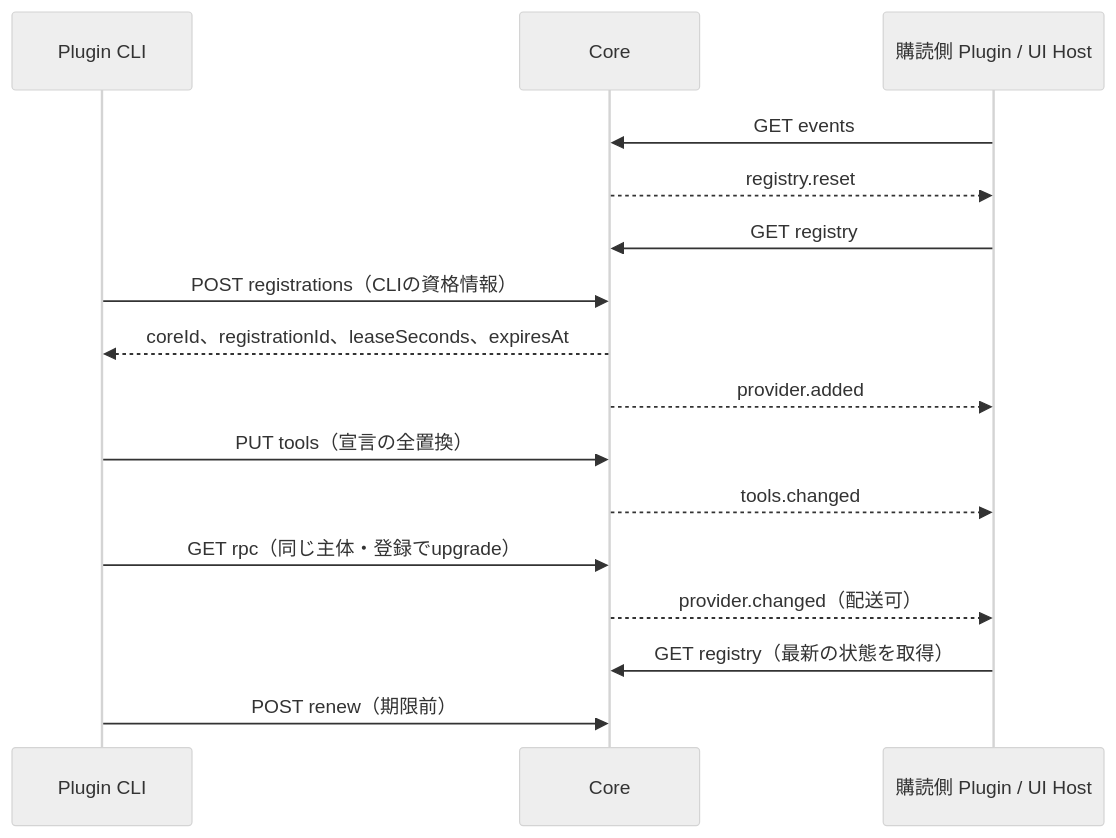
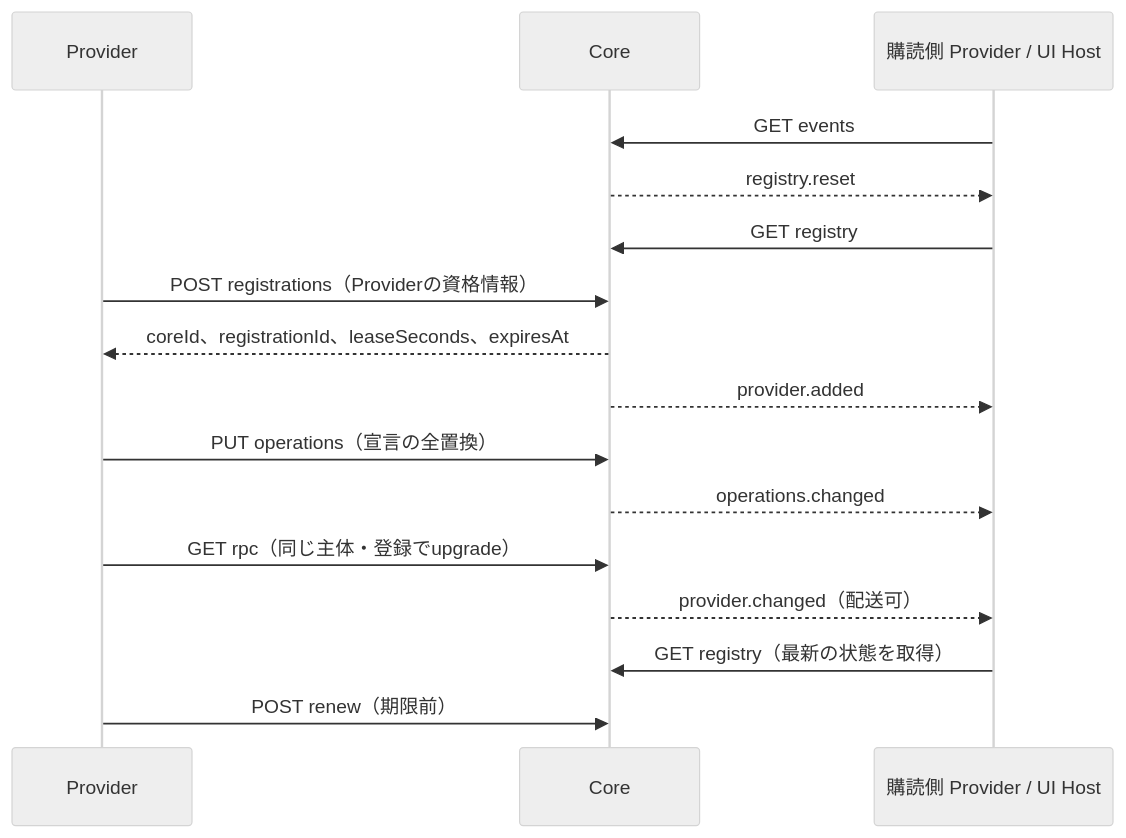
Before and after one commit to naatin777/plugumi: the first of 2 diagrams in docs/contracts/00004-plugin-client-protocol.md, drawn with Mermaid (neutral theme). The commit also changed other lines of this file and 15 other files, not shown here.

````diff
--- a/docs/contracts/00004-plugin-client-protocol.md
+++ b/docs/contracts/00004-plugin-client-protocol.md
@@ -81,18 +118,18 @@
 ```mermaid
 sequenceDiagram
-    participant P as Plugin CLI
+    participant P as Provider
     participant C as Core
-    participant S as 購読側 Plugin / UI Host
+    participant S as 購読側 Provider / UI Host
     S->>C: GET events
     C-->>S: registry.reset
     S->>C: GET registry
-    P->>C: POST registrations（CLIの資格情報）
+    P->>C: POST registrations（Providerの資格情報）
     C-->>P: coreId、registrationId、leaseSeconds、expiresAt
     C-->>S: provider.added
-    P->>C: PUT tools（宣言の全置換）
-    C-->>S: tools.changed
+    P->>C: PUT operations（宣言の全置換）
+    C-->>S: operations.changed
     P->>C: GET rpc（同じ主体・登録でupgrade）
     C-->>S: provider.changed（配送可）
     S->>C: GET registry（最新の状態を取得）
     P->>C: POST renew（期限前）
 ```
````
